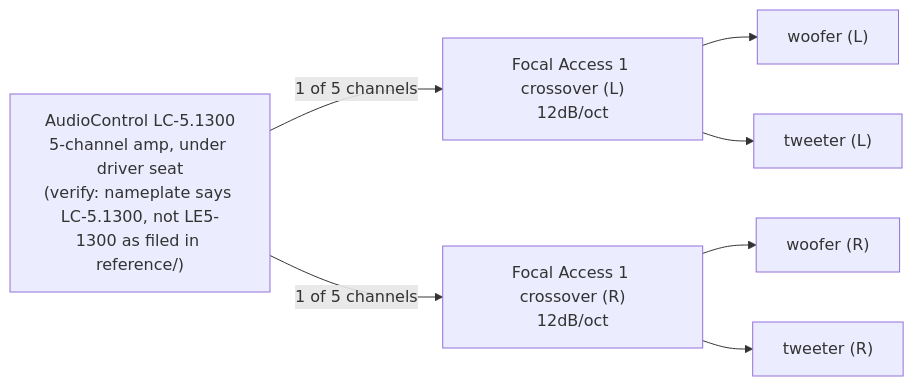
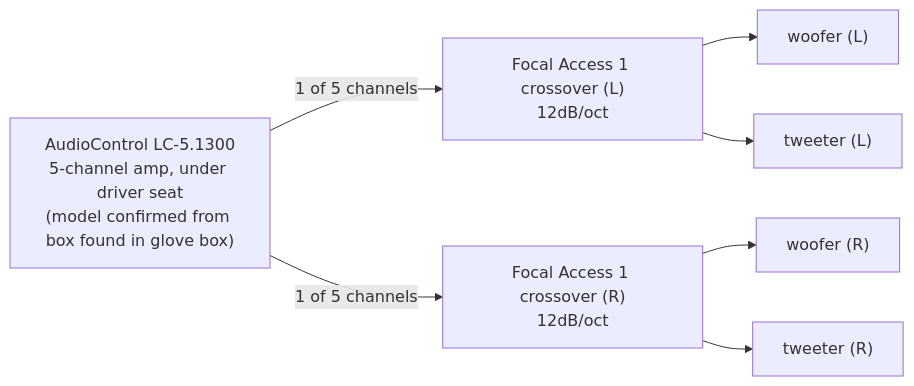
Before and after one commit to timit/vandalia: the third of 3 diagrams in audio/PLAN.md, drawn with Mermaid. The commit also changed other lines of this file and 11 other files, not shown here.

First line of the commit message:
trace head unit power source to fuse #41, confirm LC-5.1300 amp spec, log vehicle VIN and a second fuse box

````diff
--- a/audio/PLAN.md
+++ b/audio/PLAN.md
@@ -82,10 +89,10 @@
 ```mermaid
 flowchart LR
-  amp["AudioControl LC-5.1300<br/>5-channel amp, under driver seat<br/>(verify: nameplate says LC-5.1300, not LE5-1300 as filed in reference/)"]
+  amp["AudioControl LC-5.1300<br/>5-channel amp, under driver seat<br/>(model confirmed from box found in glove box)"]
   amp -->|"1 of 5 channels"| xoL["Focal Access 1 crossover (L)<br/>12dB/oct"]
   amp -->|"1 of 5 channels"| xoR["Focal Access 1 crossover (R)<br/>12dB/oct"]
   xoL --> wooferL["woofer (L)"]
   xoL --> tweeterL["tweeter (L)"]
   xoR --> wooferR["woofer (R)"]
   xoR --> tweeterR["tweeter (R)"]
 ```
````
